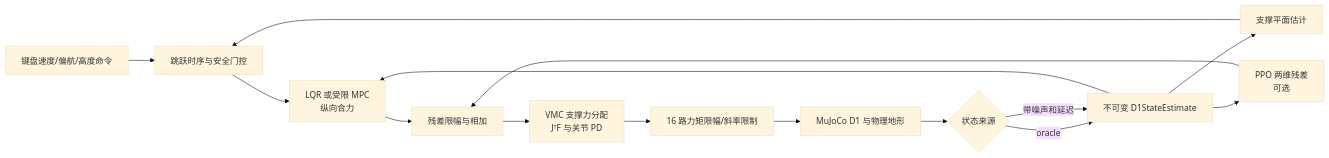
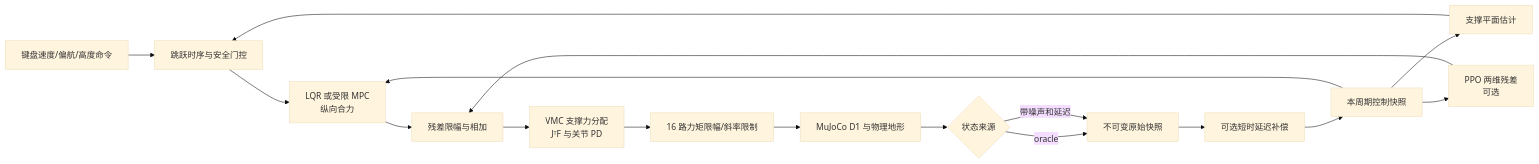
The diagram in README.md (LYHrmer/wheel-legged-control-lab), drawn with Mermaid (base theme) before and after one commit. The commit also changed other lines of this file and 19 other files, not shown here.

````diff
--- a/README.md
+++ b/README.md
@@ -92,17 +122,19 @@
 ```mermaid
 flowchart LR
     K[键盘速度/偏航/高度命令] --> G[跳跃时序与安全门控]
     M[MuJoCo D1 与物理地形] --> U{状态来源}
-    U -->|oracle| S[不可变 D1StateEstimate]
-    U -->|带噪声和延迟| S
+    U -->|oracle| S0[不可变原始快照]
+    U -->|带噪声和延迟| S0
+    S0 --> P[可选短时延迟补偿]
+    P --> S[本周期控制快照]
     S --> E[支撑平面估计]
     E --> G
     G --> O[LQR 或受限 MPC<br/>纵向合力]
     S --> O
     S --> R[PPO 两维残差<br/>可选]
     O --> A[残差限幅与相加]
     R --> A
     A --> V[VMC 支撑力分配<br/>JᵀF 与关节 PD]
     V --> T[16 路力矩限幅/斜率限制]
     T --> M
 ```
````
